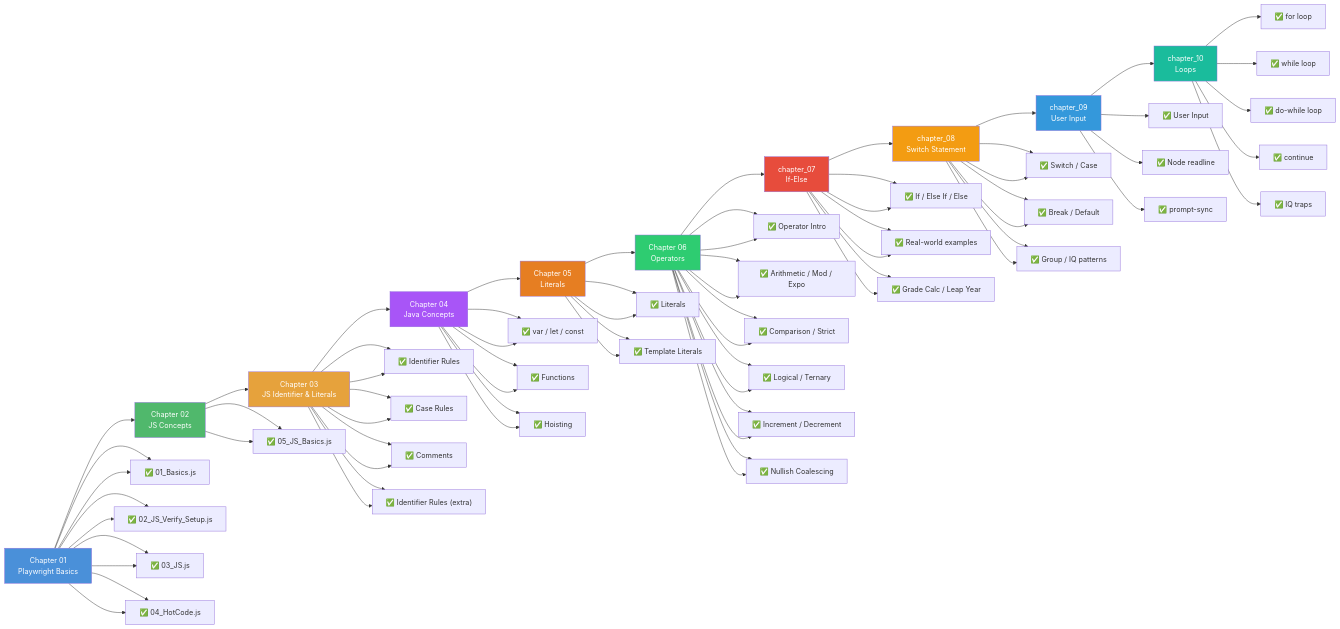
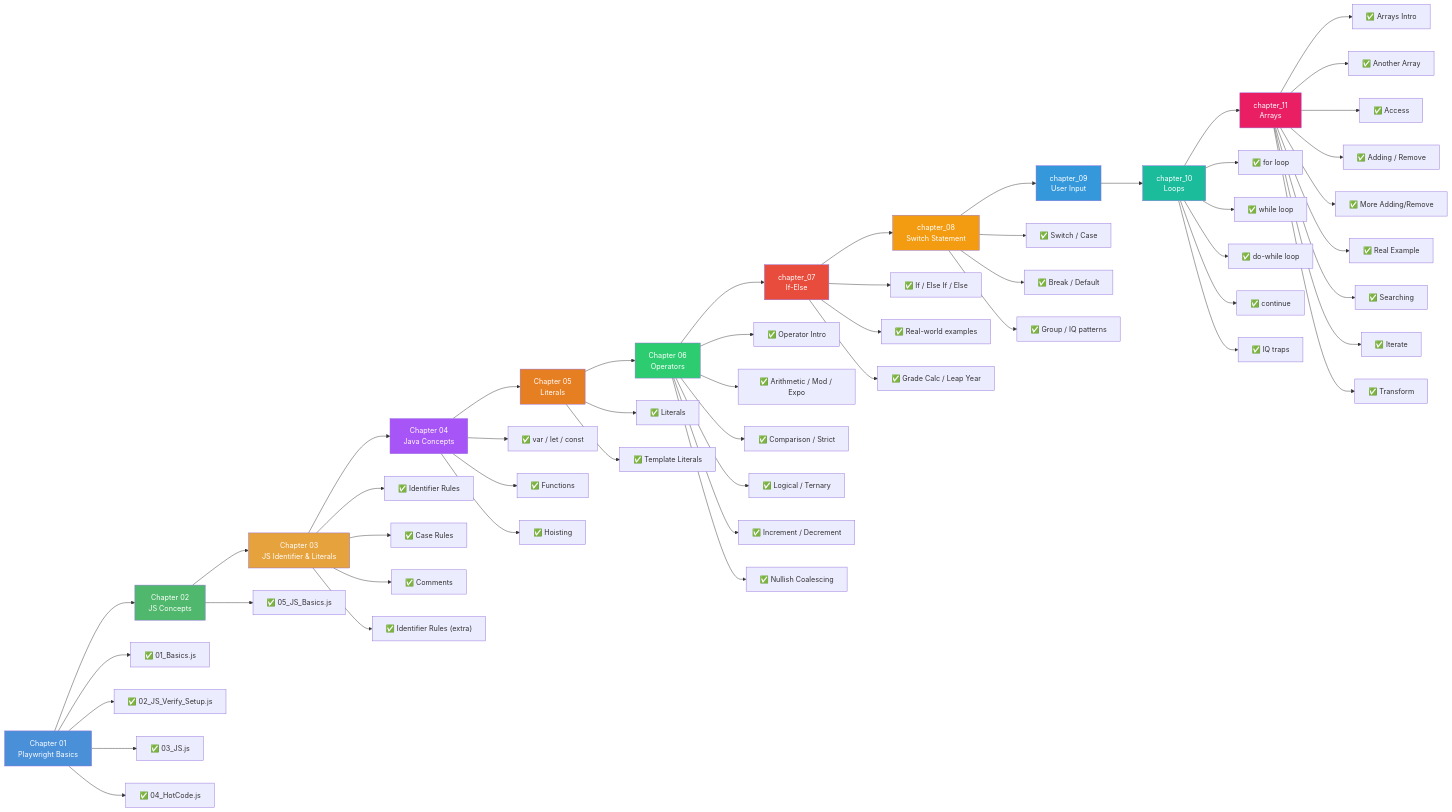
The first of 12 diagrams in README.md (Hemalatha-R17/Playwright), drawn with Mermaid before and after one commit. The commit also changed other lines of this file and 9 other files, not shown here.

Commit message:
Add chapter_11_Arrays with array operations examples and update README

````diff
--- a/README.md
+++ b/README.md
@@ -62,50 +62,23 @@
     H --> H3["✅ Group / IQ patterns"]
 
     I --> J[chapter_10<br/>Loops]
-
-    A --> A1["✅ 01_Basics.js"]
-    A --> A2["✅ 02_JS_Verify_Setup.js"]
-    A --> A3["✅ 03_JS.js"]
-    A --> A4["✅ 04_HotCode.js"]
-
-    B --> B1["✅ 05_JS_Basics.js"]
-
-    C --> C1["✅ Identifier Rules"]
-    C --> C2["✅ Case Rules"]
-    C --> C3["✅ Comments"]
-    C --> C4["✅ Identifier Rules (extra)"]
-
-    D --> D1["✅ var / let / const"]
-    D --> D2["✅ Functions"]
-    D --> D3["✅ Hoisting"]
-
-    E --> E1["✅ Literals"]
-    E --> E2["✅ Template Literals"]
-
-    F --> F1["✅ Operator Intro"]
-    F --> F2["✅ Arithmetic / Mod / Expo"]
-    F --> F3["✅ Comparison / Strict"]
-    F --> F4["✅ Logical / Ternary"]
-    F --> F5["✅ Increment / Decrement"]
-    F --> F6["✅ Nullish Coalescing"]
-
-    G --> G1["✅ If / Else If / Else"]
-    G --> G2["✅ Real-world examples"]
-    G --> G3["✅ Grade Calc / Leap Year"]
-
-    H --> H1["✅ Switch / Case"]
-    H --> H2["✅ Break / Default"]
-    H --> H3["✅ Group / IQ patterns"]
-
-    I --> I1["✅ User Input"]
-    I --> I2["✅ Node readline"]
-    I --> I3["✅ prompt-sync"]
+    J --> K[chapter_11<br/>Arrays]
 
     J --> J1["✅ for loop"]
     J --> J2["✅ while loop"]
     J --> J3["✅ do-while loop"]
     J --> J4["✅ continue"]
     J --> J5["✅ IQ traps"]
+
+    K --> K1["✅ Arrays Intro"]
+    K --> K2["✅ Another Array"]
+    K --> K3["✅ Access"]
+    K --> K4["✅ Adding / Remove"]
+    K --> K5["✅ More Adding/Remove"]
+    K --> K6["✅ Real Example"]
+    K --> K7["✅ Searching"]
+    K --> K8["✅ Iterate"]
+    K --> K9["✅ Transform"]
 
     style A fill:#4a90d9,color:#fff
     style B fill:#50b86c,color:#fff
@@ -117,4 +90,5 @@
     style H fill:#f39c12,color:#fff
     style I fill:#3498db,color:#fff
     style J fill:#1abc9c,color:#fff
+    style K fill:#e91e63,color:#fff
 ```
````
